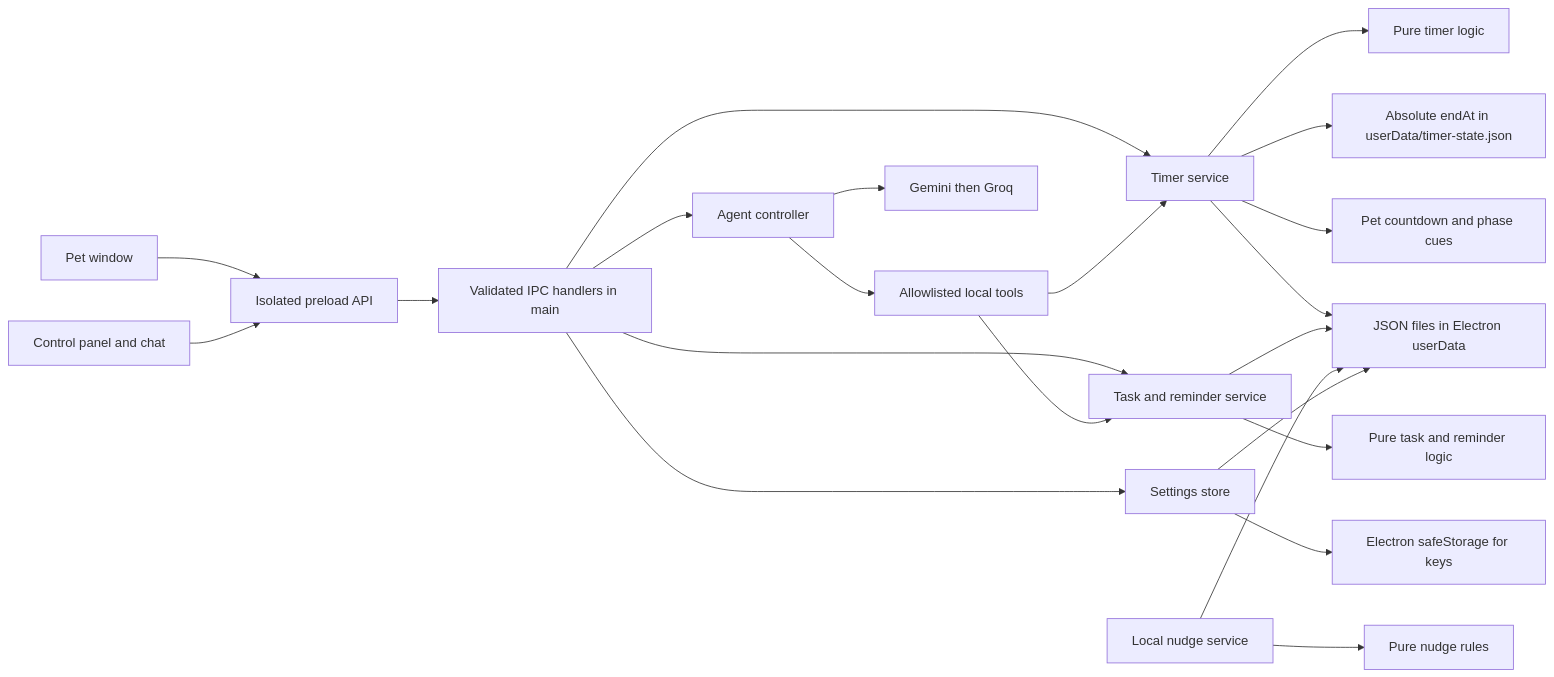
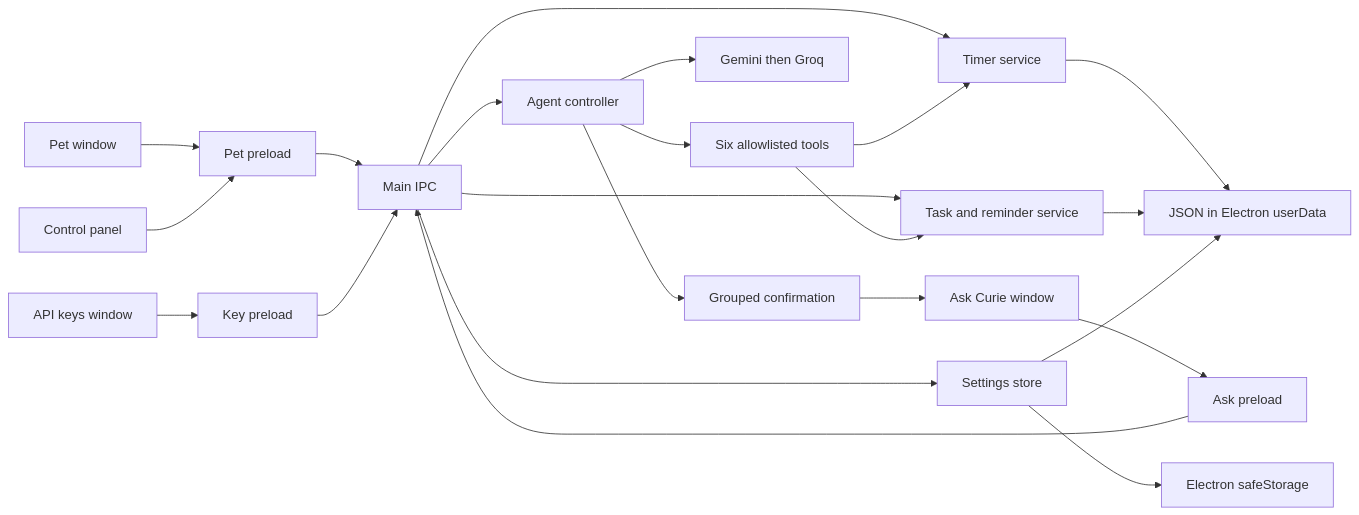
One commit to aanyabajpai670-creator/Curie changed the diagram in docs/ARCHITECTURE.md. Above: the diagram before and after it, drawn with Mermaid. The commit also changed other lines of this file and 35 other files, not shown here.

Commit message:
agent phase

````diff
--- a/docs/ARCHITECTURE.md
+++ b/docs/ARCHITECTURE.md
@@ -5,24 +5,24 @@
 ```mermaid
 flowchart LR
-  Pet[Pet window] --> Preload[Isolated preload API]
-  Panel[Control panel and chat] --> Preload
-  Preload --> IPC[Validated IPC handlers in main]
+  Pet[Pet window] --> Preload[Pet preload]
+  Panel[Control panel] --> Preload
+  Ask[Ask Curie window] --> AskBridge[Ask preload]
+  Keys[API keys window] --> KeyBridge[Key preload]
+  Preload --> IPC[Main IPC]
+  AskBridge --> IPC
+  KeyBridge --> IPC
   IPC --> Timer[Timer service]
   IPC --> Tasks[Task and reminder service]
   IPC --> Agent[Agent controller]
   IPC --> Settings[Settings store]
-  Timer --> Core[Pure timer logic]
-  Timer --> TimerState[Absolute endAt in userData/timer-state.json]
-  Timer --> PetTimer[Pet countdown and phase cues]
-  Tasks --> CoreTasks[Pure task and reminder logic]
-  Nudges[Local nudge service] --> CoreNudges[Pure nudge rules]
-  Agent --> Tools[Allowlisted local tools]
+  Agent --> Tools[Six allowlisted tools]
+  Tools --> Tasks
   Tools --> Timer
-  Tools --> Tasks
   Agent --> Providers[Gemini then Groq]
-  Settings --> SafeStorage[Electron safeStorage for keys]
-  Timer --> Files[JSON files in Electron userData]
+  Agent --> Confirm[Grouped confirmation]
+  Confirm --> Ask
+  Settings --> SafeStorage[Electron safeStorage]
+  Timer --> Files[JSON in Electron userData]
   Tasks --> Files
-  Nudges --> Files
   Settings --> Files
 ```
````
